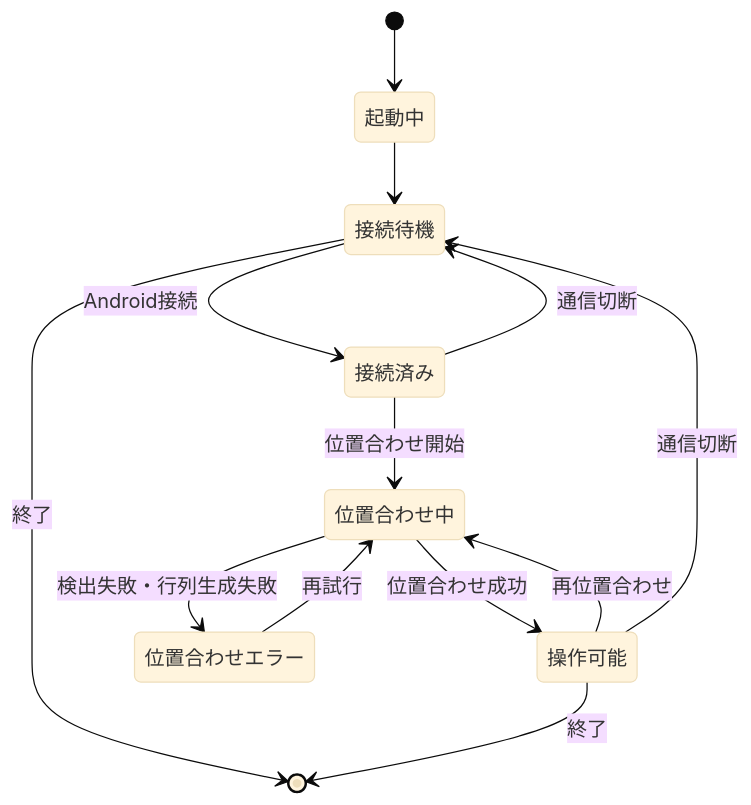
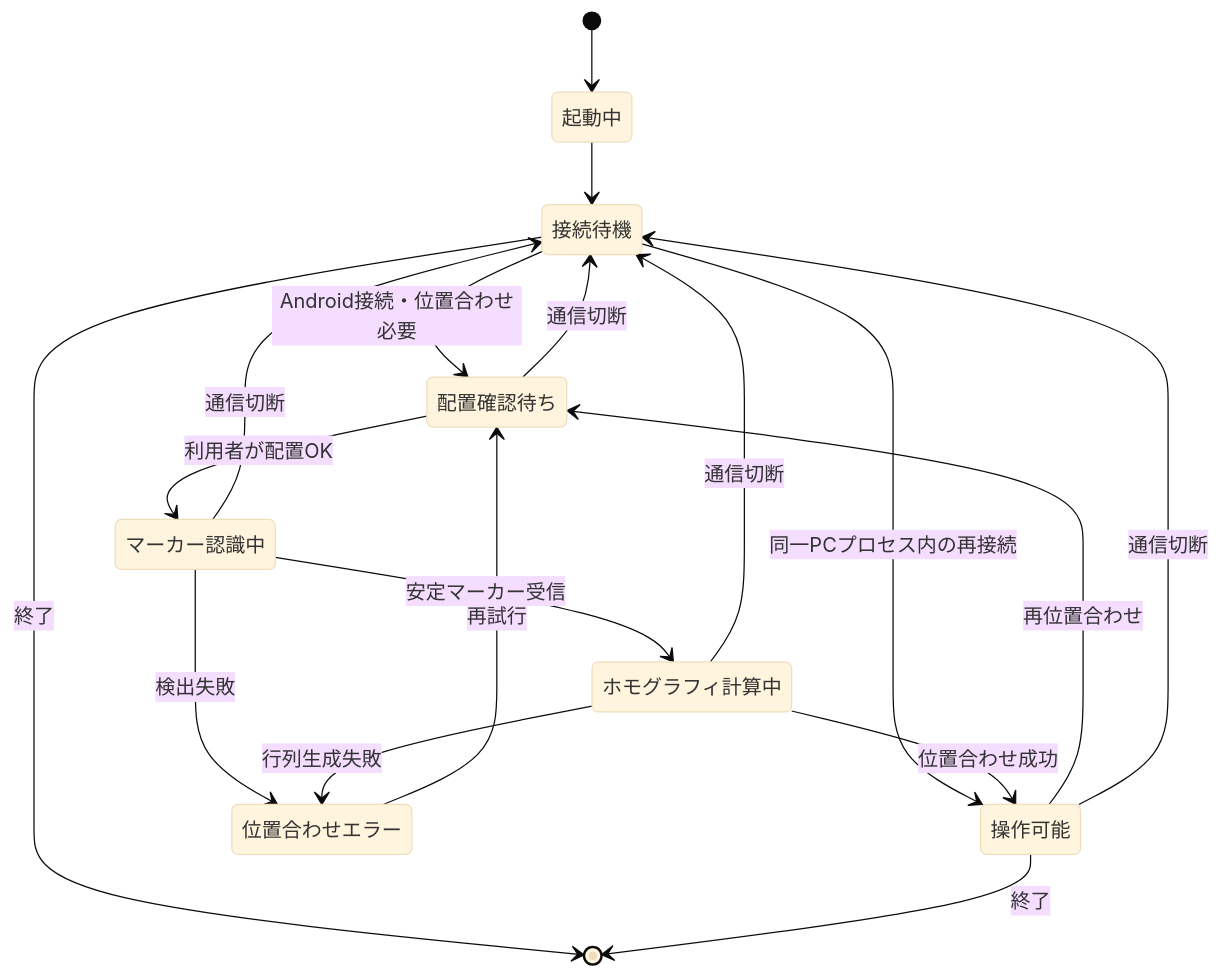
One commit to KIT-DevelopersHub/screact changed the tenth of 38 diagrams in docs/system/system-requirements.md. Above: the diagram before and after it, drawn with Mermaid (base theme). The commit also changed other lines of this file and 11 other files, not shown here.

````diff
--- a/docs/system/system-requirements.md
+++ b/docs/system/system-requirements.md
@@ -450,15 +460,20 @@
 ```mermaid
 stateDiagram-v2
     [*] --> 起動中
     起動中 --> 接続待機
-    接続待機 --> 接続済み: Android接続
-    接続済み --> 位置合わせ中: 位置合わせ開始
-    位置合わせ中 --> 操作可能: 位置合わせ成功
-    位置合わせ中 --> 位置合わせエラー: 検出失敗・行列生成失敗
-    位置合わせエラー --> 位置合わせ中: 再試行
-    操作可能 --> 位置合わせ中: 再位置合わせ
+    接続待機 --> 配置確認待ち: Android接続・位置合わせ必要
+    接続待機 --> 操作可能: 同一PCプロセス内の再接続
+    配置確認待ち --> マーカー認識中: 利用者が配置OK
+    マーカー認識中 --> ホモグラフィ計算中: 安定マーカー受信
+    ホモグラフィ計算中 --> 操作可能: 位置合わせ成功
+    マーカー認識中 --> 位置合わせエラー: 検出失敗
+    ホモグラフィ計算中 --> 位置合わせエラー: 行列生成失敗
+    位置合わせエラー --> 配置確認待ち: 再試行
+    操作可能 --> 配置確認待ち: 再位置合わせ
     操作可能 --> 接続待機: 通信切断
-    接続済み --> 接続待機: 通信切断
+    配置確認待ち --> 接続待機: 通信切断
+    マーカー認識中 --> 接続待機: 通信切断
+    ホモグラフィ計算中 --> 接続待機: 通信切断
     接続待機 --> [*]: 終了
     操作可能 --> [*]: 終了
 ```
````
